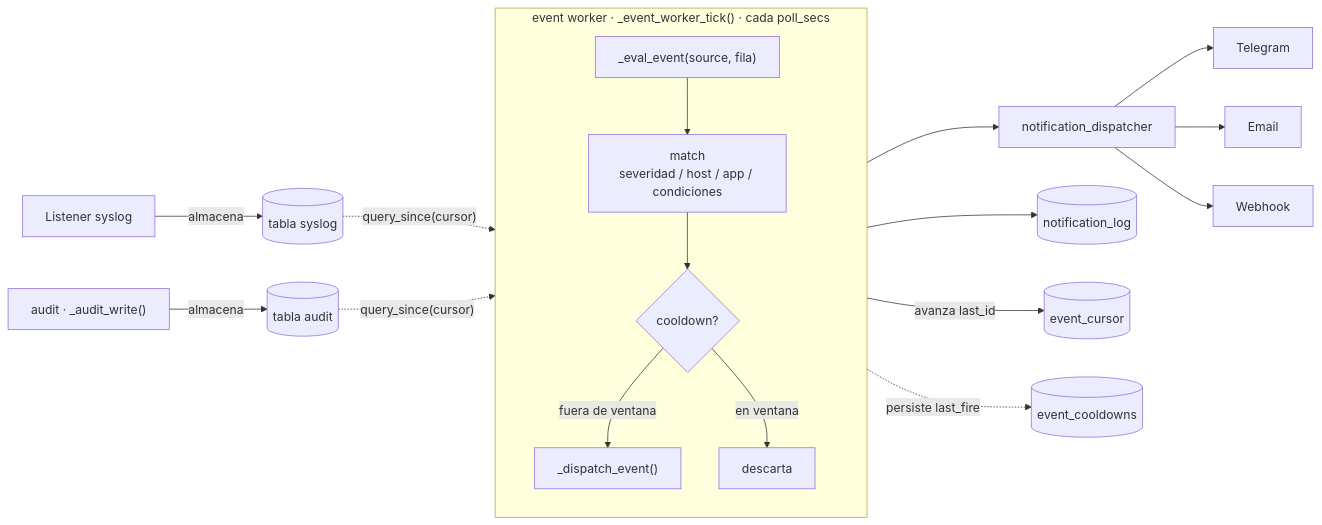
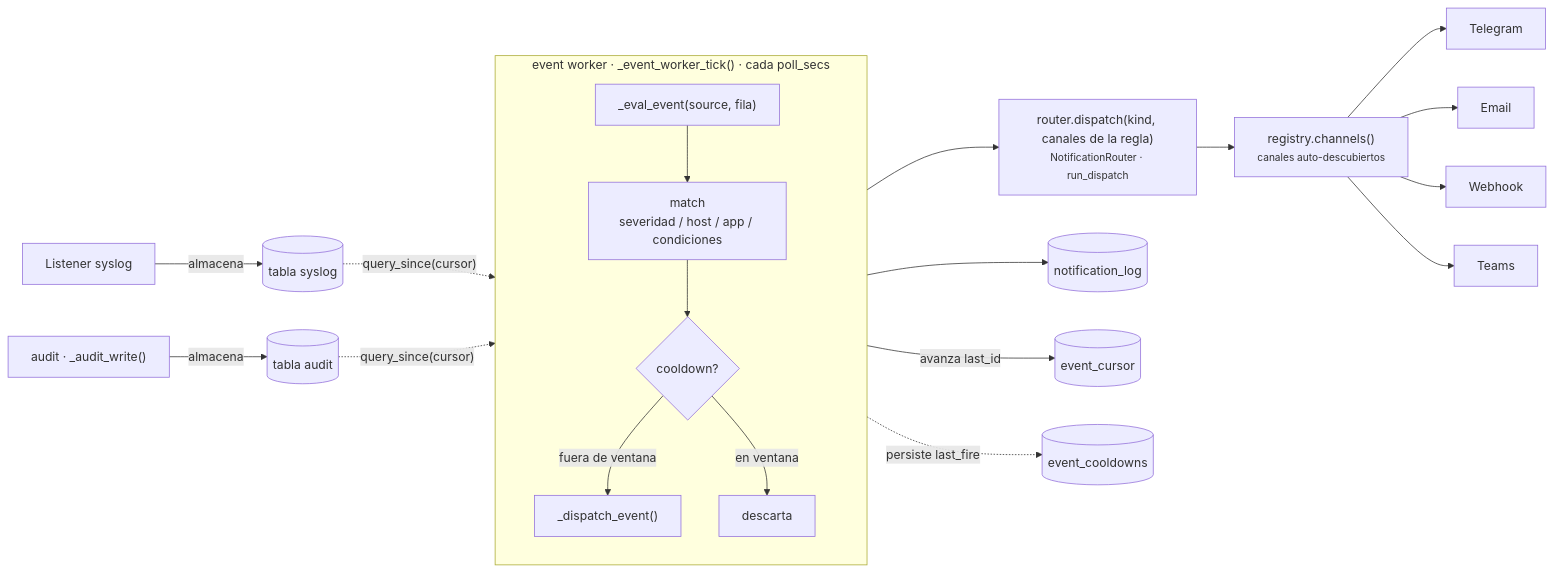
One commit to vsc55/ServiceSentry changed the fifth of 6 diagrams in docs/architecture.md. Above: the diagram before and after it, drawn with Mermaid. The commit also changed other lines of this file and 276 other files, not shown here.

````diff
--- a/docs/architecture.md
+++ b/docs/architecture.md
@@ -401,24 +468,26 @@
 ```mermaid
 flowchart LR
     SL["Listener syslog"] -->|almacena| ST[("tabla syslog")]
     AW["audit · _audit_write()"] -->|almacena| AT[("tabla audit")]
 
     ST -.->|"query_since(cursor)"| TICK
     AT -.->|"query_since(cursor)"| TICK
 
     subgraph TICK["event worker · _event_worker_tick() · cada poll_secs"]
       direction TB
       E["_eval_event(source, fila)"] --> M["match<br/>severidad / host / app / condiciones"]
       M --> C{"cooldown?"}
       C -->|"fuera de ventana"| D["_dispatch_event()"]
       C -->|"en ventana"| X["descarta"]
     end
 
-    D --> ND["notification_dispatcher"]
-    ND --> TG["Telegram"]
-    ND --> EM["Email"]
-    ND --> WH["Webhook"]
+    D --> ND["router.dispatch(kind, canales de la regla)<br/><small>NotificationRouter · run_dispatch</small>"]
+    ND --> REG["registry.channels()<br/><small>canales auto-descubiertos</small>"]
+    REG --> TG["Telegram"]
+    REG --> EM["Email"]
+    REG --> WH["Webhook"]
+    REG --> MS["Teams"]
     D --> NL[("notification_log")]
     TICK -->|"avanza last_id"| CU[("event_cursor")]
     C -.->|"persiste last_fire"| CD[("event_cooldowns")]
 ```
````
